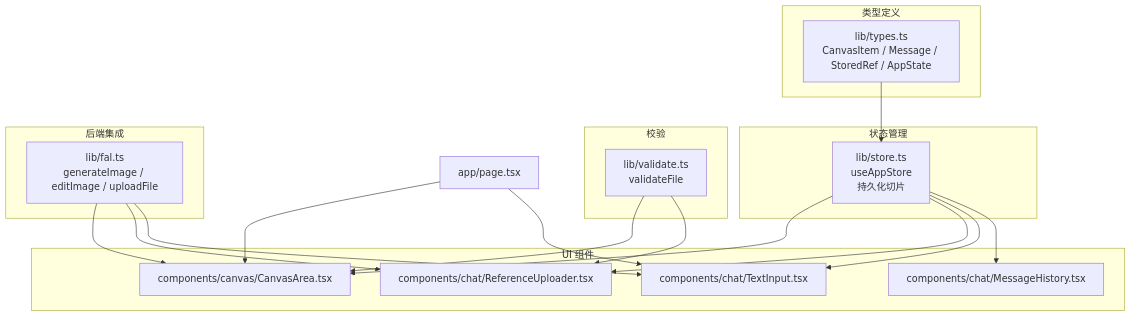
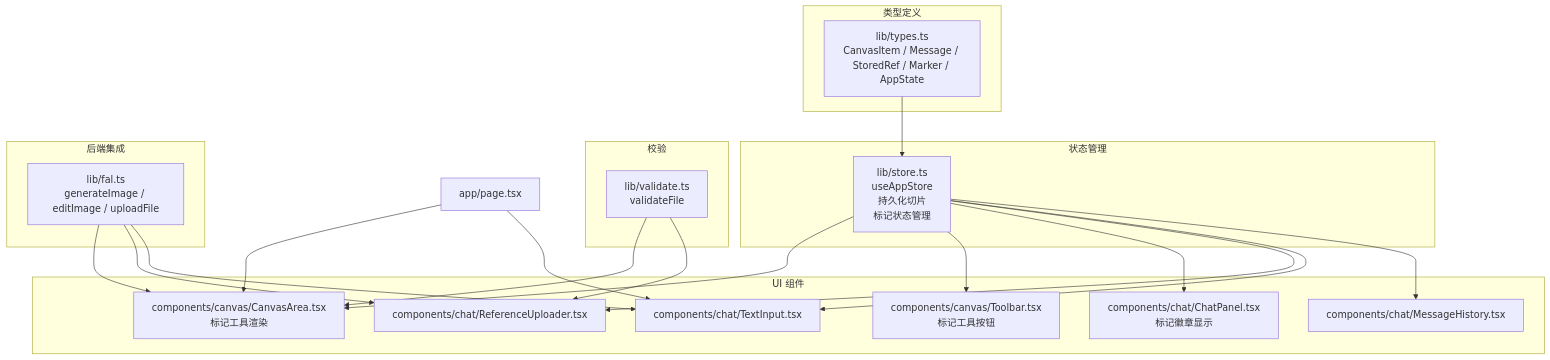
Before and after one commit to billye220670/BananaFlow2: the first of 8 diagrams in .qoder/repowiki/zh/content/数据模型.md, drawn with Mermaid. The commit also changed other lines of this file and 10 other files, not shown here.

````diff
--- a/.qoder/repowiki/zh/content/数据模型.md
+++ b/.qoder/repowiki/zh/content/数据模型.md
@@ -48,34 +59,38 @@
 ```mermaid
 graph TB
 subgraph "类型定义"
-T1["lib/types.ts<br/>CanvasItem / Message / StoredRef / AppState"]
+T1["lib/types.ts<br/>CanvasItem / Message / StoredRef / Marker / AppState"]
 end
 subgraph "状态管理"
-S1["lib/store.ts<br/>useAppStore<br/>持久化切片"]
+S1["lib/store.ts<br/>useAppStore<br/>持久化切片<br/>标记状态管理"]
 end
 subgraph "校验"
 V1["lib/validate.ts<br/>validateFile"]
 end
 subgraph "后端集成"
 F1["lib/fal.ts<br/>generateImage / editImage / uploadFile"]
 end
 subgraph "UI 组件"
-C1["components/canvas/CanvasArea.tsx"]
-C2["components/chat/ReferenceUploader.tsx"]
-C3["components/chat/TextInput.tsx"]
-C4["components/chat/MessageHistory.tsx"]
+C1["components/canvas/CanvasArea.tsx<br/>标记工具渲染"]
+C2["components/canvas/Toolbar.tsx<br/>标记工具按钮"]
+C3["components/chat/ChatPanel.tsx<br/>标记徽章显示"]
+C4["components/chat/ReferenceUploader.tsx"]
+C5["components/chat/TextInput.tsx"]
+C6["components/chat/MessageHistory.tsx"]
 end
 P1["app/page.tsx"]
 T1 --> S1
 S1 --> C1
 S1 --> C2
 S1 --> C3
 S1 --> C4
+S1 --> C5
+S1 --> C6
 V1 --> C1
-V1 --> C2
+V1 --> C4
 F1 --> C1
-F1 --> C2
-F1 --> C3
+F1 --> C4
+F1 --> C5
 P1 --> C1
-P1 --> C3
+P1 --> C5
 ```
````
